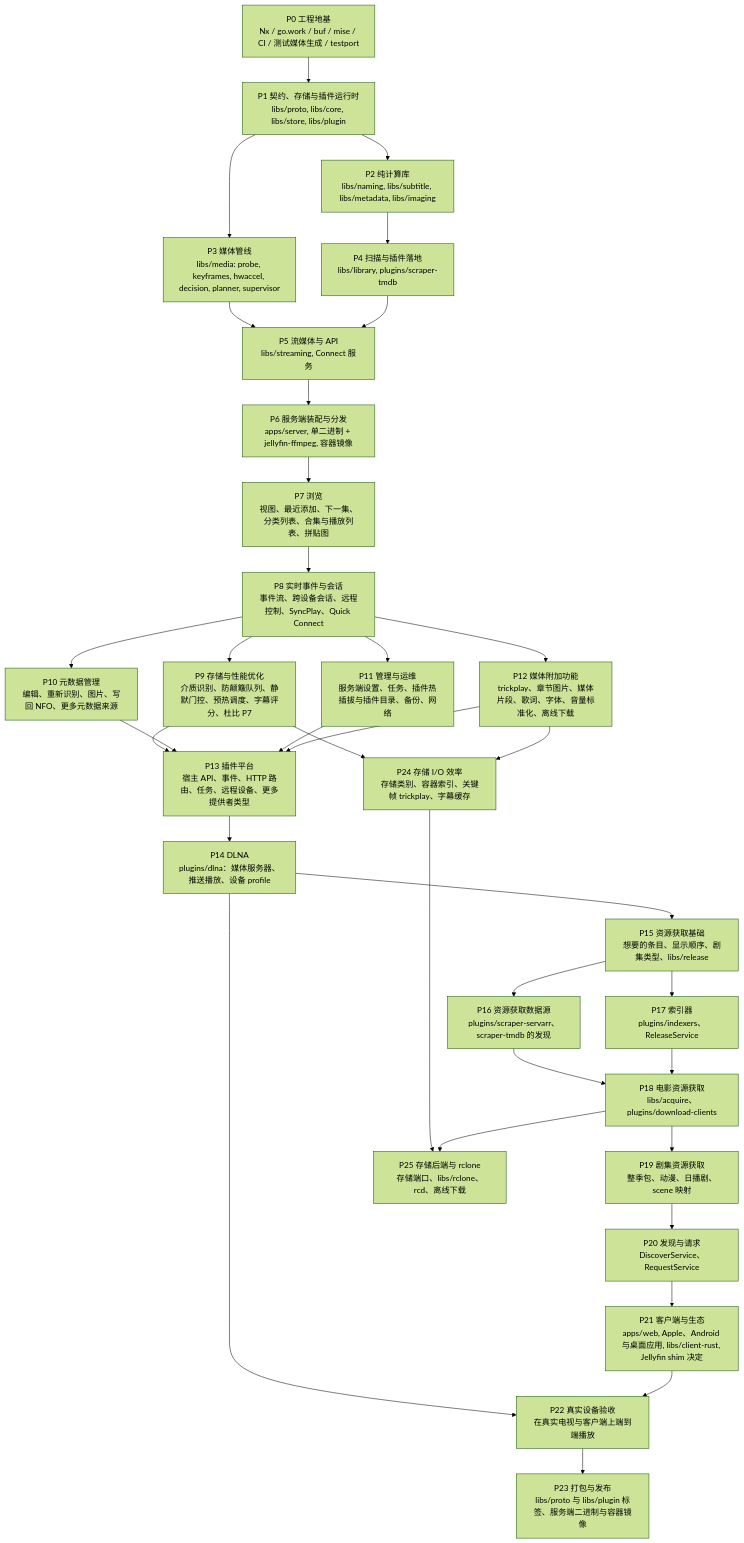
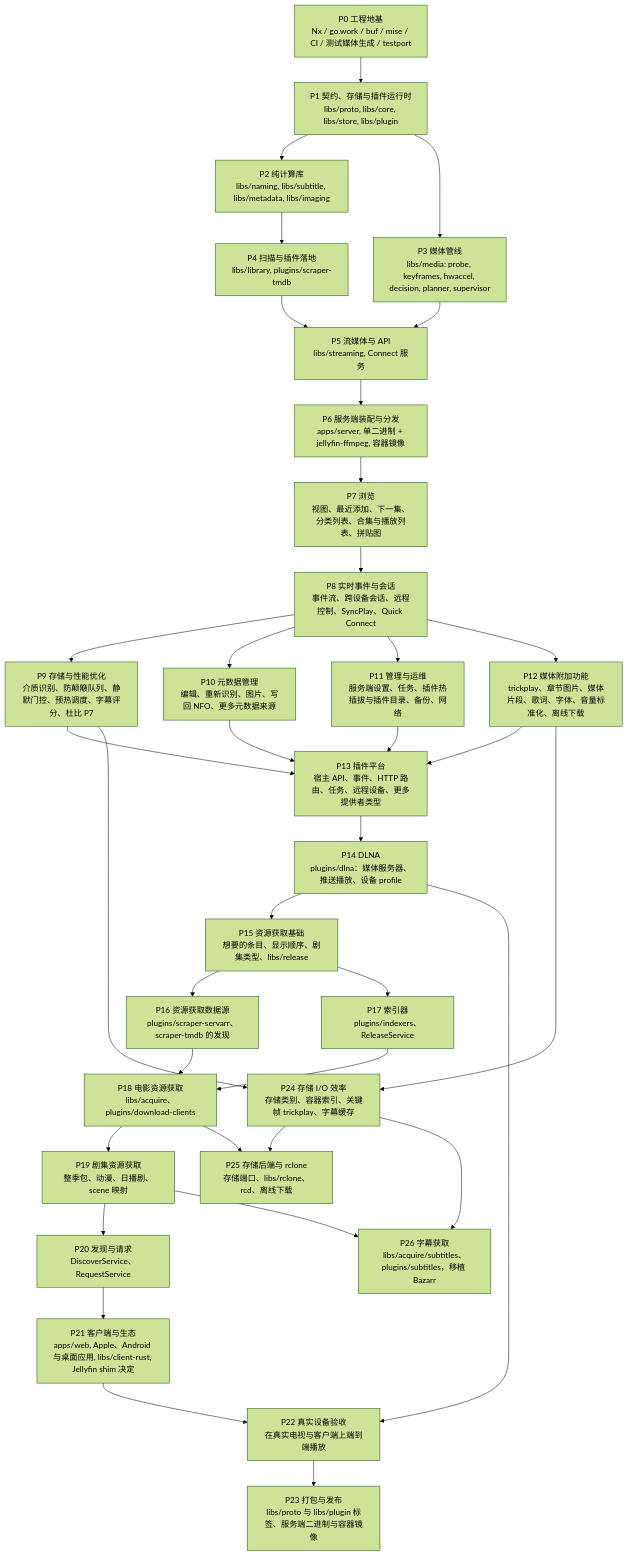
One commit to mavioai/mavio changed the diagram in docs/roadmap.zh-CN.md. Above: the diagram before and after it, drawn with Mermaid (forest theme). The commit also changed other lines of this file and 7 other files, not shown here.

````diff
--- a/docs/roadmap.zh-CN.md
+++ b/docs/roadmap.zh-CN.md
@@ -20,63 +20,66 @@
 ```mermaid
 flowchart TD
     P0["P0 工程地基<br/>Nx / go.work / buf / mise / CI / 测试媒体生成 / testport"]
     P1["P1 契约、存储与插件运行时<br/>libs/proto, libs/core, libs/store, libs/plugin"]
     P2["P2 纯计算库<br/>libs/naming, libs/subtitle, libs/metadata, libs/imaging"]
     P3["P3 媒体管线<br/>libs/media: probe, keyframes, hwaccel, decision, planner, supervisor"]
     P4["P4 扫描与插件落地<br/>libs/library, plugins/scraper-tmdb"]
     P5["P5 流媒体与 API<br/>libs/streaming, Connect 服务"]
     P6["P6 服务端装配与分发<br/>apps/server, 单二进制 + jellyfin-ffmpeg, 容器镜像"]
     P7["P7 浏览<br/>视图、最近添加、下一集、分类列表、合集与播放列表、拼贴图"]
     P8["P8 实时事件与会话<br/>事件流、跨设备会话、远程控制、SyncPlay、Quick Connect"]
     P9["P9 存储与性能优化<br/>介质识别、防颠簸队列、静默门控、预热调度、字幕评分、杜比 P7"]
     P10["P10 元数据管理<br/>编辑、重新识别、图片、写回 NFO、更多元数据来源"]
     P11["P11 管理与运维<br/>服务端设置、任务、插件热插拔与插件目录、备份、网络"]
     P12["P12 媒体附加功能<br/>trickplay、章节图片、媒体片段、歌词、字体、音量标准化、离线下载"]
     P13["P13 插件平台<br/>宿主 API、事件、HTTP 路由、任务、远程设备、更多提供者类型"]
     P14["P14 DLNA<br/>plugins/dlna：媒体服务器、推送播放、设备 profile"]
     P15["P15 资源获取基础<br/>想要的条目、显示顺序、剧集类型、libs/release"]
     P16["P16 资源获取数据源<br/>plugins/scraper-servarr、scraper-tmdb 的发现"]
     P17["P17 索引器<br/>plugins/indexers、ReleaseService"]
     P18["P18 电影资源获取<br/>libs/acquire、plugins/download-clients"]
     P19["P19 剧集资源获取<br/>整季包、动漫、日播剧、scene 映射"]
     P20["P20 发现与请求<br/>DiscoverService、RequestService"]
     P21["P21 客户端与生态<br/>apps/web, Apple、Android 与桌面应用, libs/client-rust, Jellyfin shim 决定"]
     P22["P22 真实设备验收<br/>在真实电视与客户端上端到端播放"]
     P23["P23 打包与发布<br/>libs/proto 与 libs/plugin 标签、服务端二进制与容器镜像"]
     P24["P24 存储 I/O 效率<br/>存储类别、容器索引、关键帧 trickplay、字幕缓存"]
     P25["P25 存储后端与 rclone<br/>存储端口、libs/rclone、rcd、离线下载"]
+    P26["P26 字幕获取<br/>libs/acquire/subtitles、plugins/subtitles，移植 Bazarr"]
 
     P0 --> P1
     P1 --> P2
     P1 --> P3
     P2 --> P4
     P3 --> P5
     P4 --> P5
     P5 --> P6
     P6 --> P7
     P7 --> P8
     P8 --> P9
     P8 --> P10
     P8 --> P11
     P8 --> P12
     P9 --> P13
     P10 --> P13
     P11 --> P13
     P12 --> P13
     P13 --> P14
     P14 --> P15
     P15 --> P16
     P15 --> P17
     P16 --> P18
     P17 --> P18
     P18 --> P19
     P19 --> P20
     P20 --> P21
     P14 --> P22
     P21 --> P22
     P22 --> P23
     P9 --> P24
     P12 --> P24
     P24 --> P25
     P18 --> P25
+    P19 --> P26
+    P24 --> P26
 ```
````
